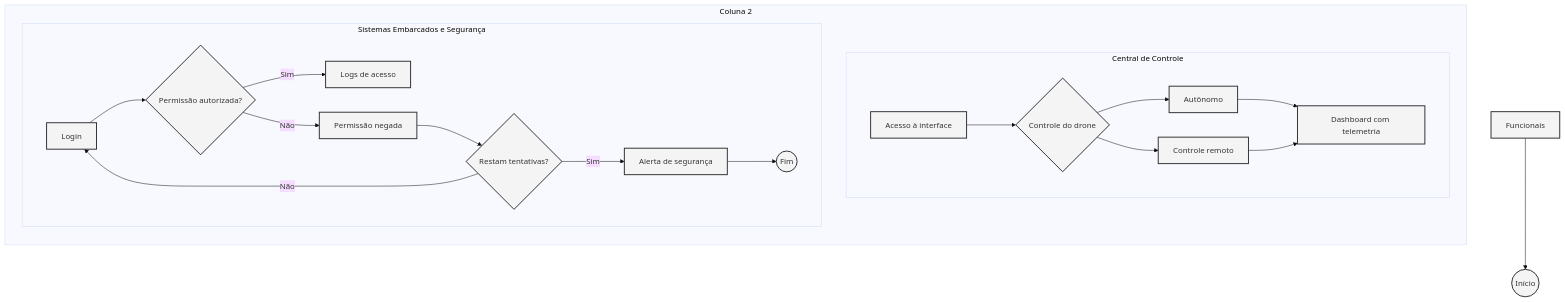
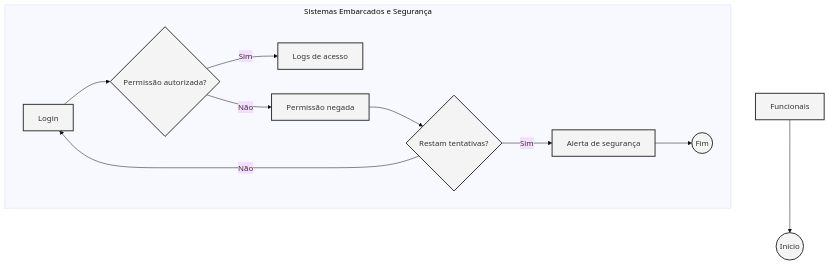
The fourth of 4 diagrams in docs/index.md (vagajuntos/Projeto-Software), drawn with Mermaid (base theme) before and after one commit. The commit also changed other lines of this file, not shown here.

````diff
--- a/docs/index.md
+++ b/docs/index.md
@@ -253,30 +291,20 @@
 ```mermaid
 graph TD
     %% Estilo
     classDef default fill:#f4f4f4, stroke:#333, stroke-width:2px
     classDef critical fill:#ffe6e6, stroke:#990000
     classDef secure fill:#e6ffe6, stroke:#006600
     classDef database fill:#e6f2ff, stroke:#003366
 
     %% Título
     A[Funcionais] --> B((Início))
 
-subgraph Coluna 2
-        direction TB
-        subgraph Central de Controle
-            J[Acesso à interface] --> K{Controle do drone}
-            K --> L[Autônomo]
-            K --> M[Controle remoto]
-            L --> N[Dashboard com telemetria]
-            M --> N
-        end
-
-        subgraph Sistemas Embarcados e Segurança
+ subgraph Sistemas Embarcados e Segurança
             C[Login] --> D{Permissão autorizada?}
             D -->|Sim| E[Logs de acesso]
             D -->|Não| F[Permissão negada] --> G{Restam tentativas?}
             G -->|Sim| H[Alerta de segurança] --> I((Fim))
             G -->|Não| C
         end
-    end
+
 ```
````
